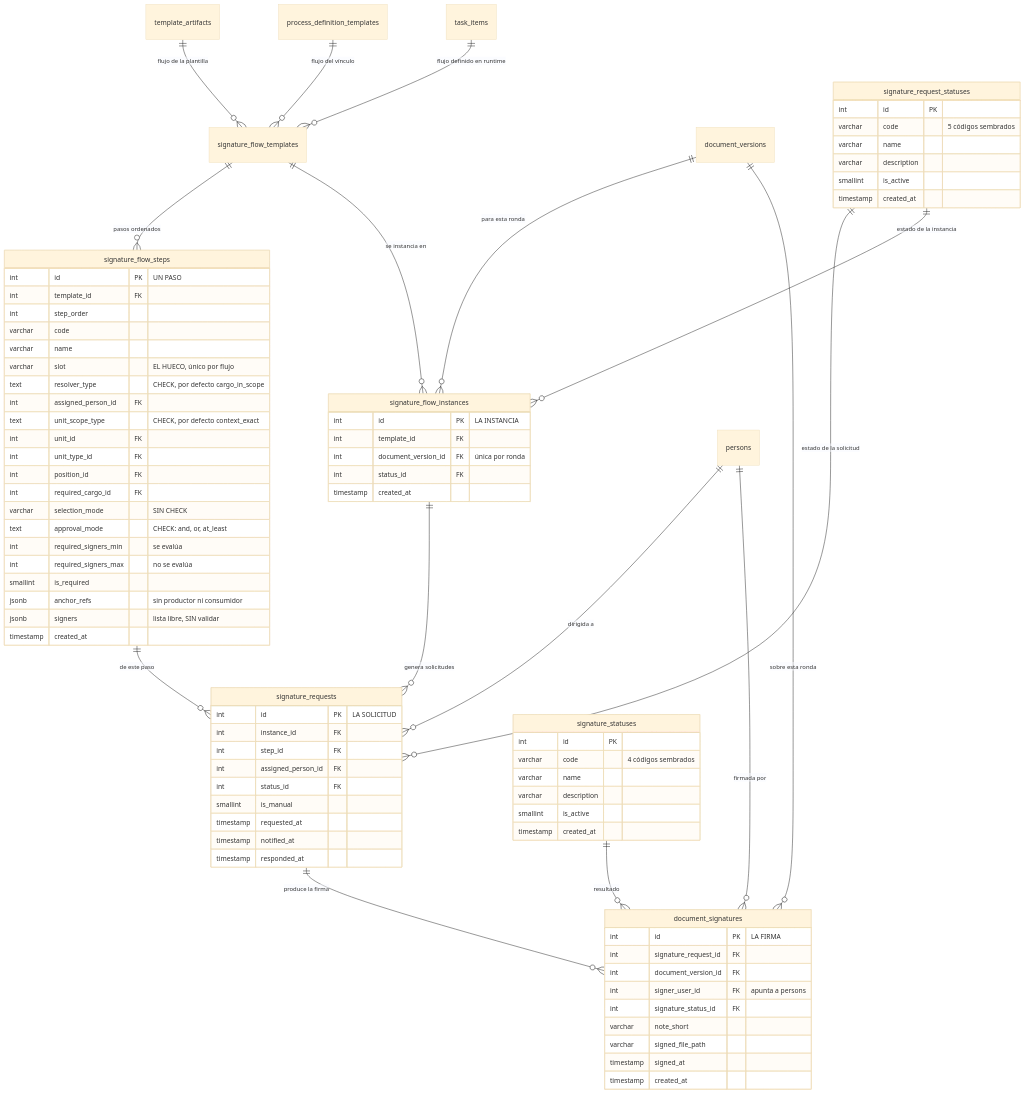
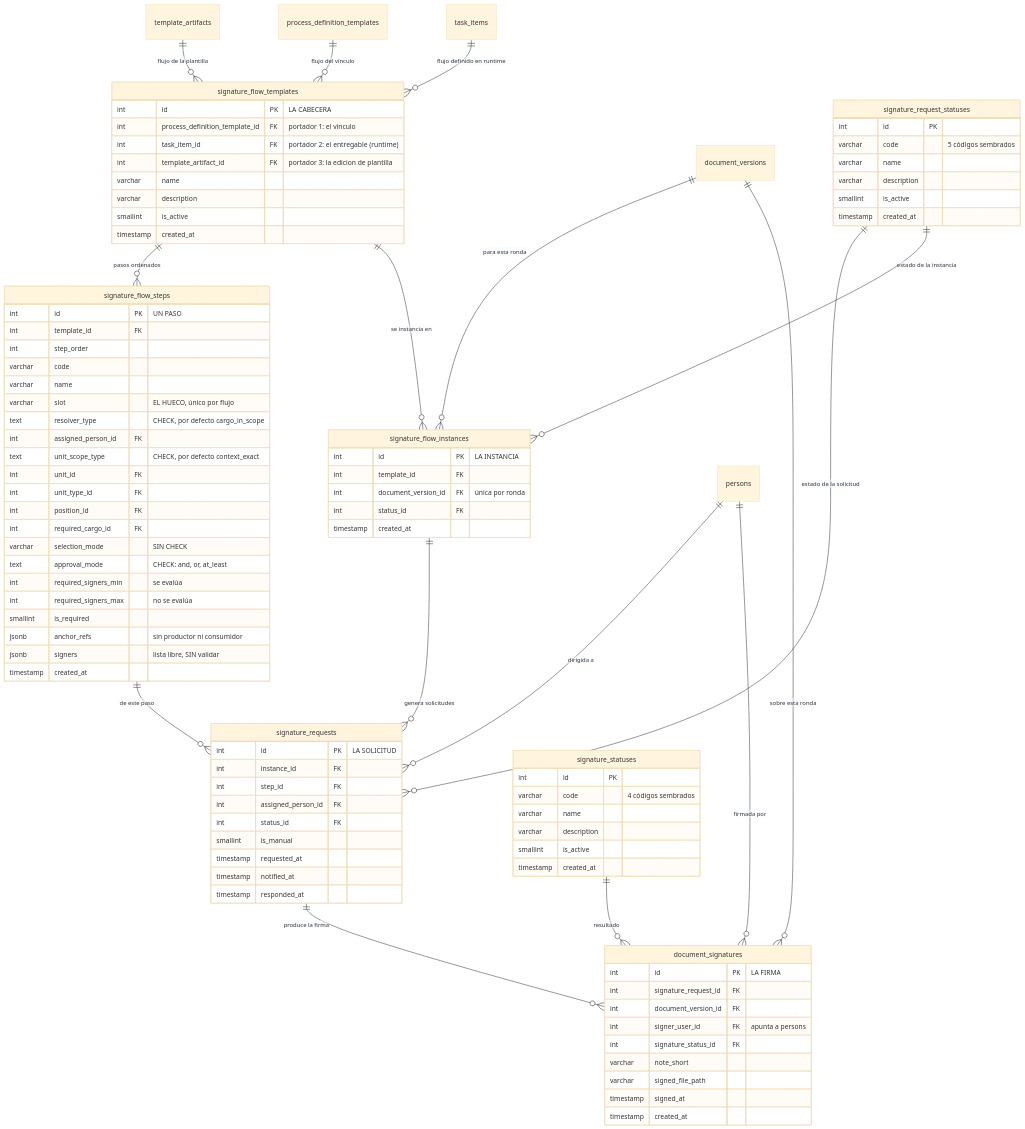
The diagram in docs/src/content/docs/modelo/flujo-de-firma.md (fresvel/deasy), drawn with Mermaid (base theme) before and after one commit. The commit also changed 4 other files, not shown here.

```diff
--- a/docs/src/content/docs/modelo/flujo-de-firma.md
+++ b/docs/src/content/docs/modelo/flujo-de-firma.md
@@ -134,6 +134,16 @@
   persons ||--o{ document_signatures : "firmada por"
   signature_statuses ||--o{ document_signatures : "resultado"
 
+  signature_flow_templates {
+    int id PK "LA CABECERA"
+    int process_definition_template_id FK "portador 1: el vinculo"
+    int task_item_id FK "portador 2: el entregable (runtime)"
+    int template_artifact_id FK "portador 3: la edicion de plantilla"
+    varchar name
+    varchar description
+    smallint is_active
+    timestamp created_at
+  }
   signature_flow_steps {
     int id PK "UN PASO"
     int template_id FK
```
